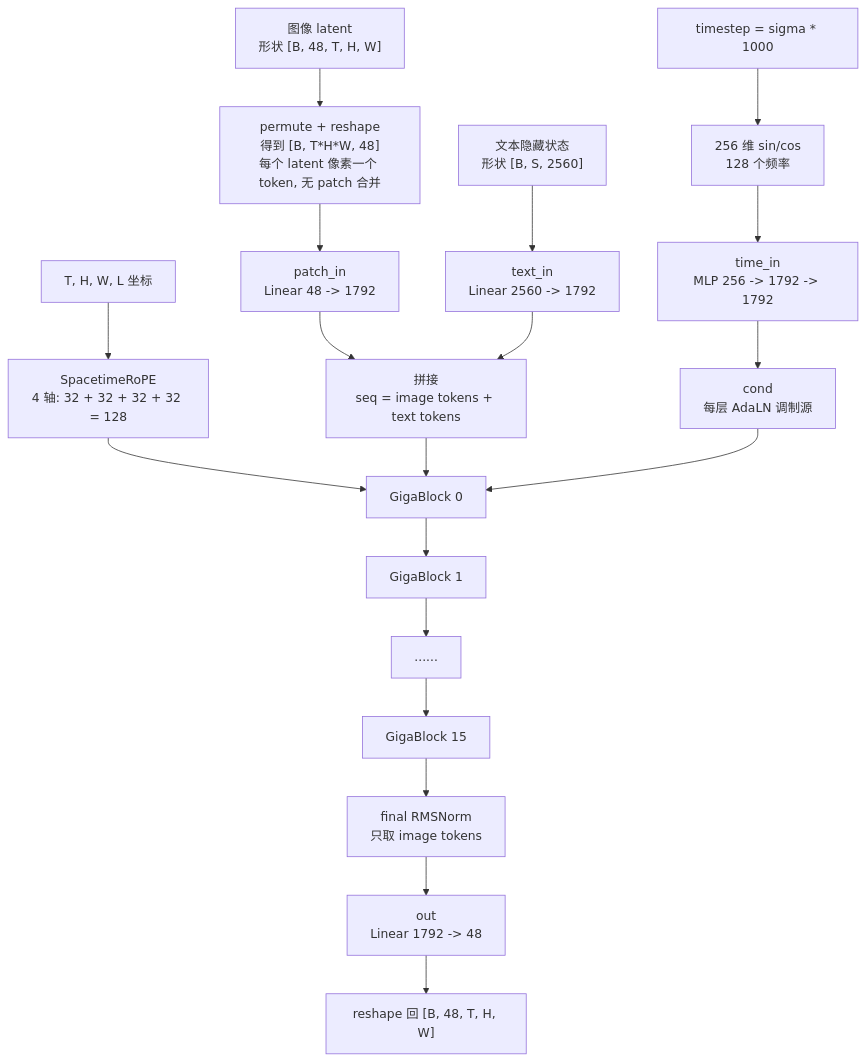
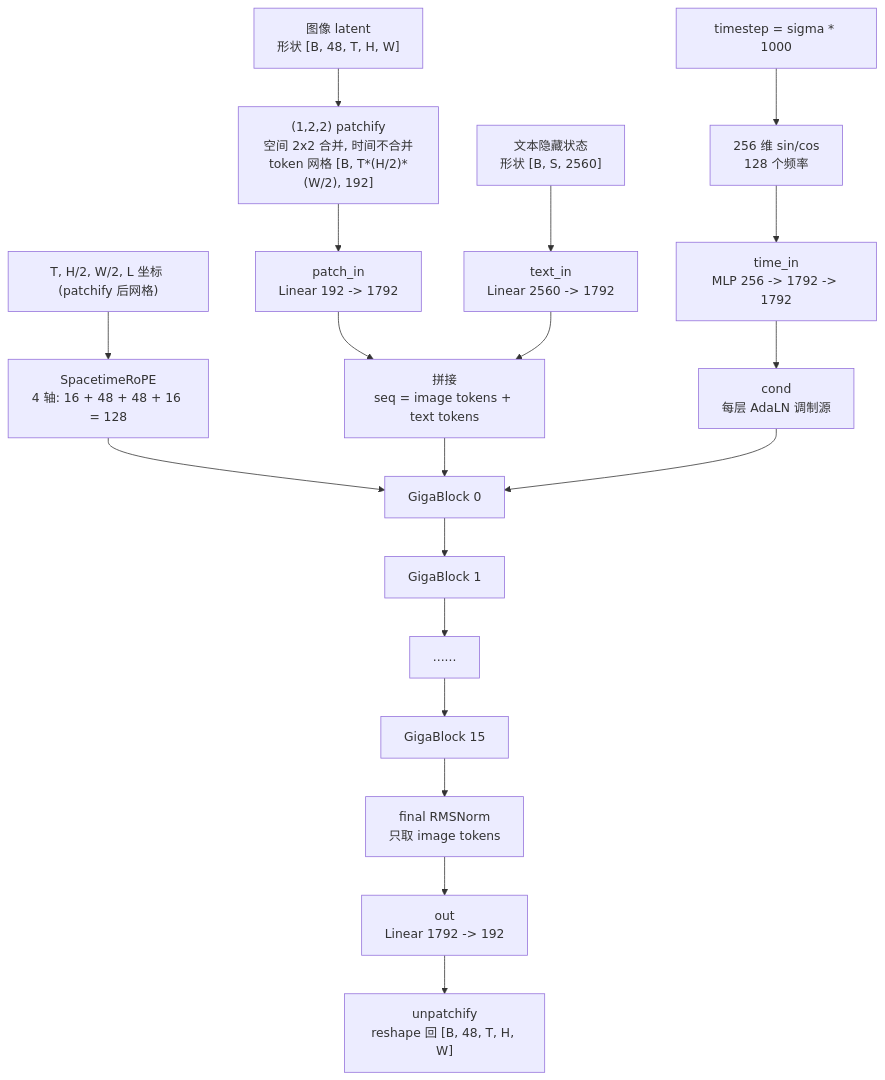
Before and after one commit to Yvonne-OH/OpenUniDit: the second of 3 diagrams in docs/giga_exp_architecture.md, drawn with Mermaid. The commit also changed other lines of this file and 17 other files, not shown here.

````diff
--- a/docs/giga_exp_architecture.md
+++ b/docs/giga_exp_architecture.md
@@ -53,21 +55,21 @@
 ```mermaid
 flowchart TB
-    X["图像 latent<br/>形状 [B, 48, T, H, W]"] --> PERM["permute + reshape<br/>得到 [B, T*H*W, 48]<br/>每个 latent 像素一个 token, 无 patch 合并"]
-    PERM --> PI["patch_in<br/>Linear 48 -> 1792"]
+    X["图像 latent<br/>形状 [B, 48, T, H, W]"] --> PATCH["(1,2,2) patchify<br/>空间 2x2 合并, 时间不合并<br/>token 网格 [B, T*(H/2)*(W/2), 192]"]
+    PATCH --> PI["patch_in<br/>Linear 192 -> 1792"]
     TXT["文本隐藏状态<br/>形状 [B, S, 2560]"] --> TI["text_in<br/>Linear 2560 -> 1792"]
     PI --> CAT["拼接<br/>seq = image tokens + text tokens"]
     TI --> CAT
     TS["timestep = sigma * 1000"] --> FR["256 维 sin/cos<br/>128 个频率"]
     FR --> TIN["time_in<br/>MLP 256 -> 1792 -> 1792"]
     TIN --> MOD["cond<br/>每层 AdaLN 调制源"]
-    POS["T, H, W, L 坐标"] --> ROPE["SpacetimeRoPE<br/>4 轴: 32 + 32 + 32 + 32 = 128"]
+    POS["T, H/2, W/2, L 坐标 (patchify 后网格)"] --> ROPE["SpacetimeRoPE<br/>4 轴: 16 + 48 + 48 + 16 = 128"]
     ROPE --> B0["GigaBlock 0"]
     CAT --> B0
     MOD --> B0
     B0 --> B1["GigaBlock 1"]
     B1 --> BD["......"]
     BD --> B15["GigaBlock 15"]
     B15 --> NORM["final RMSNorm<br/>只取 image tokens"]
-    NORM --> OUT["out<br/>Linear 1792 -> 48"]
-    OUT --> RESHAPE["reshape 回 [B, 48, T, H, W]"]
+    NORM --> OUT["out<br/>Linear 1792 -> 192"]
+    OUT --> UNPATCH["unpatchify<br/>reshape 回 [B, 48, T, H, W]"]
 ```
````
